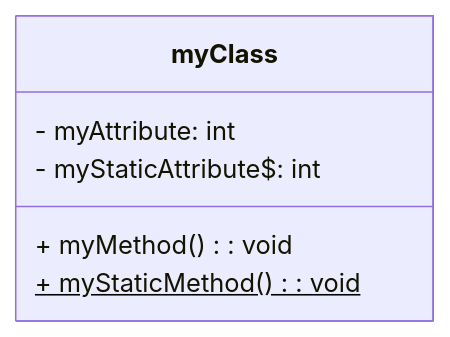
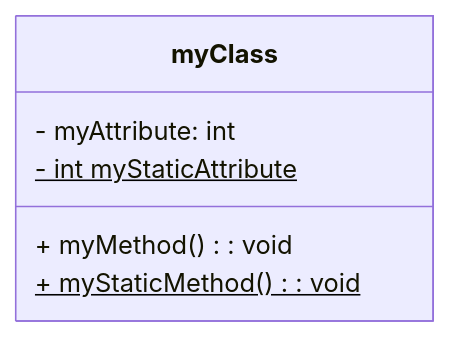
The second of 2 diagrams in IT/Object Oriented Programming/The UML Diagram.md (C4lopsitta/notes), drawn with Mermaid before and after one commit. The commit also changed 2 other files, not shown here.

Commit message:
school obsidian vault backup 2023-09-19 13:09:54

````diff
--- a/IT/Object Oriented Programming/The UML Diagram.md
+++ b/IT/Object Oriented Programming/The UML Diagram.md
@@ -26,9 +26,9 @@
 ```mermaid
 classDiagram
 class myClass{
 	- myAttribute: int
-	- myStaticAttribute$: int
+	- int myStaticAttribute$
 	+ myMethod(): void
 	+ myStaticMethod()$: void
 }
 ```
````
